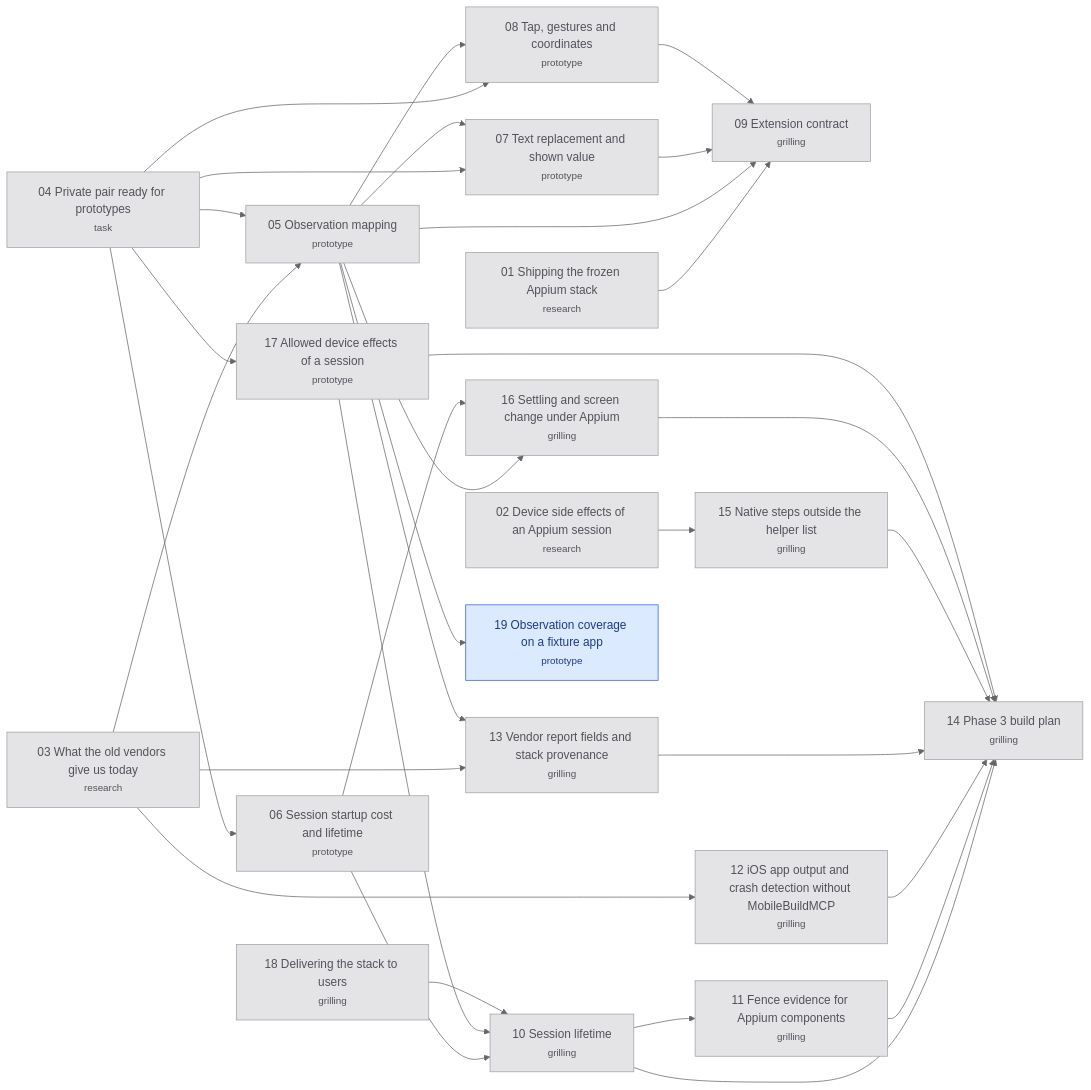
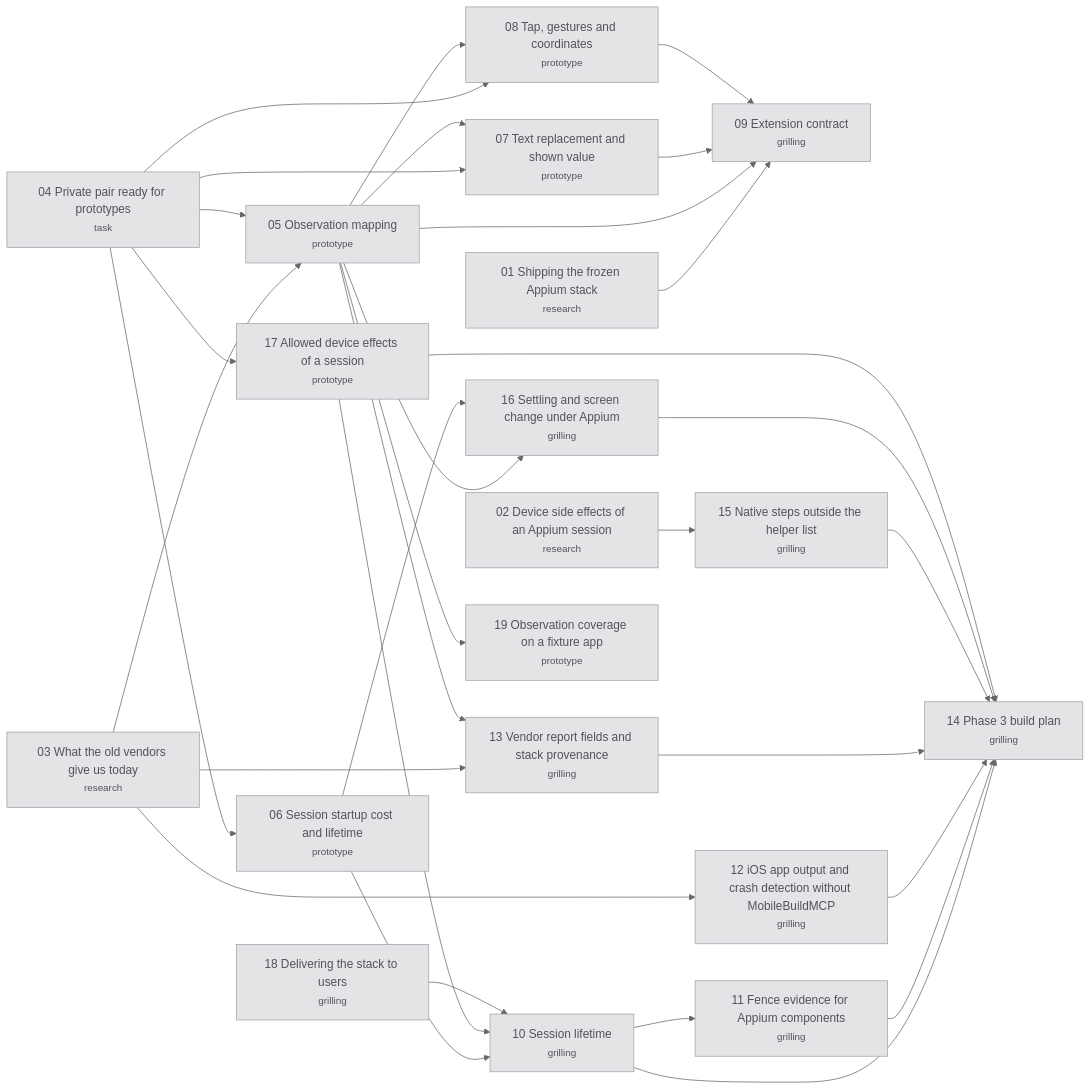
One commit to hugues-vnsgn/jev-ios-bridge changed the diagram in .scratch/appium-phase3/map.md. Above: the diagram before and after it, drawn with Mermaid (neutral theme). The commit also changed other lines of this file and 2 other files, not shown here.

Commit message:
docs(appium-phase3): resolve Observation coverage on a fixture app

````diff
--- a/.scratch/appium-phase3/map.md
+++ b/.scratch/appium-phase3/map.md
@@ -90,58 +91,57 @@
 ```mermaid
 flowchart LR
     T01["01 Shipping the frozen Appium stack<br/><small>research</small>"]
     T02["02 Device side effects of an Appium session<br/><small>research</small>"]
     T03["03 What the old vendors give us today<br/><small>research</small>"]
     T04["04 Private pair ready for prototypes<br/><small>task</small>"]
     T05["05 Observation mapping<br/><small>prototype</small>"]
     T06["06 Session startup cost and lifetime<br/><small>prototype</small>"]
     T07["07 Text replacement and shown value<br/><small>prototype</small>"]
     T08["08 Tap, gestures and coordinates<br/><small>prototype</small>"]
     T09["09 Extension contract<br/><small>grilling</small>"]
     T10["10 Session lifetime<br/><small>grilling</small>"]
     T11["11 Fence evidence for Appium components<br/><small>grilling</small>"]
     T12["12 iOS app output and crash detection without MobileBuildMCP<br/><small>grilling</small>"]
     T13["13 Vendor report fields and stack provenance<br/><small>grilling</small>"]
     T14["14 Phase 3 build plan<br/><small>grilling</small>"]
     T15["15 Native steps outside the helper list<br/><small>grilling</small>"]
     T16["16 Settling and screen change under Appium<br/><small>grilling</small>"]
     T17["17 Allowed device effects of a session<br/><small>prototype</small>"]
     T18["18 Delivering the stack to users<br/><small>grilling</small>"]
     T19["19 Observation coverage on a fixture app<br/><small>prototype</small>"]
     T03 --> T05
     T04 --> T05
     T04 --> T06
     T04 --> T07
     T05 --> T07
     T04 --> T08
     T05 --> T08
     T01 --> T09
     T05 --> T09
     T07 --> T09
     T08 --> T09
     T06 --> T10
     T17 --> T10
     T18 --> T10
     T10 --> T11
     T03 --> T12
     T03 --> T13
     T05 --> T13
     T10 --> T14
     T11 --> T14
     T12 --> T14
     T13 --> T14
     T15 --> T14
     T16 --> T14
     T17 --> T14
     T02 --> T15
     T05 --> T16
     T06 --> T16
     T04 --> T17
     T05 --> T19
     classDef resolved fill:#e4e4e7,stroke:#a1a1aa,color:#52525b
     classDef claimed fill:#dbeafe,stroke:#2563eb,color:#1e3a8a
     classDef frontier fill:#dcfce7,stroke:#16a34a,color:#14532d,stroke-width:2px
     classDef blocked fill:#ffffff,stroke:#a1a1aa,color:#18181b
-    class T01,T02,T03,T04,T05,T06,T07,T08,T09,T10,T11,T12,T13,T14,T15,T16,T17,T18 resolved
-    class T19 claimed
+    class T01,T02,T03,T04,T05,T06,T07,T08,T09,T10,T11,T12,T13,T14,T15,T16,T17,T18,T19 resolved
 ```
````
